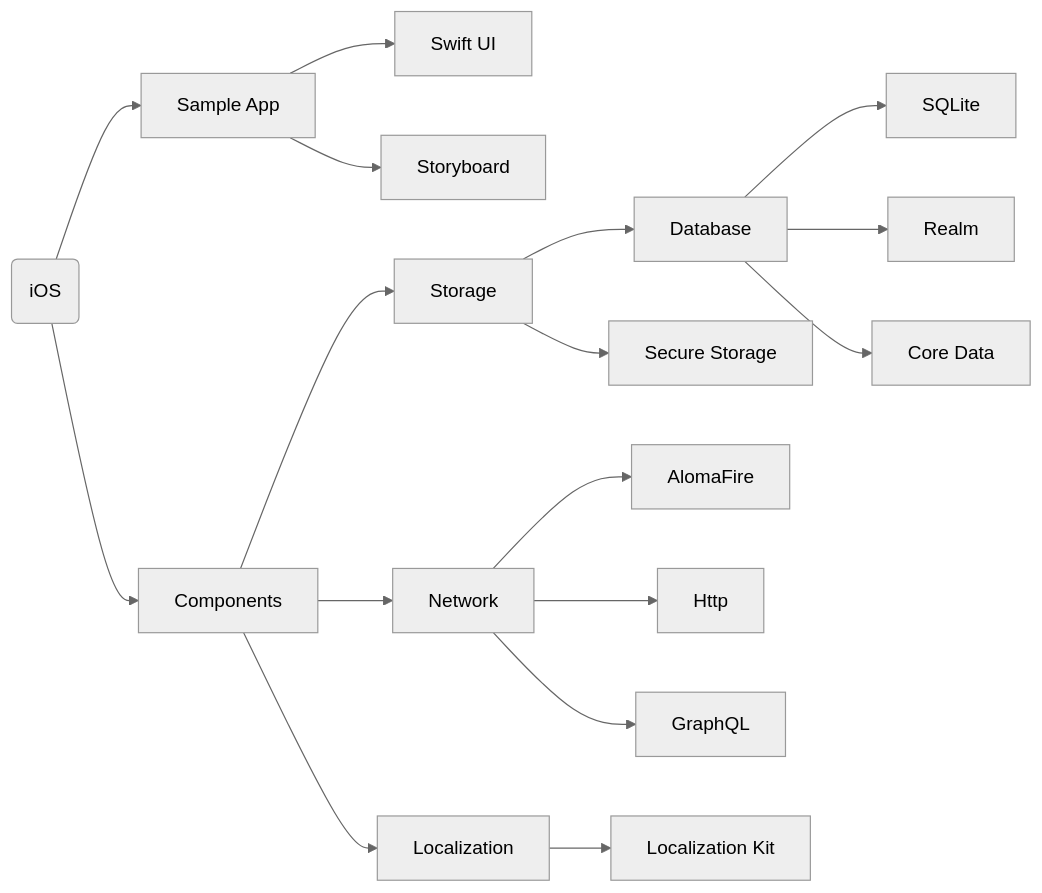
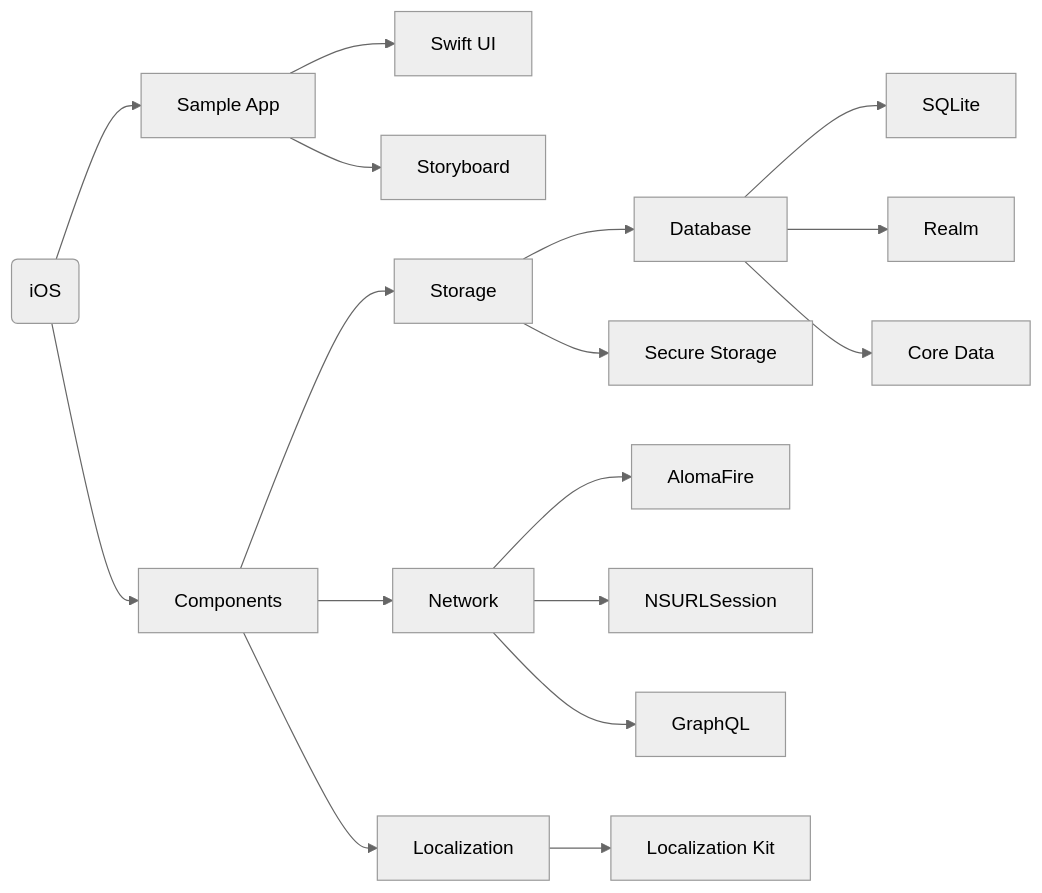
The diagram in README.md (Packiaseelan/test), drawn with Mermaid (neutral theme) before and after one commit.

````diff
--- a/README.md
+++ b/README.md
@@ -3,29 +3,29 @@
 ```mermaid
 graph LR
 
 A(iOS)
 
 A --> B[Sample App]
 A --> C[Components]
 
 B --> B1[Swift UI]
 B --> B2[Storyboard]
 
 C --> C1[Storage]
 C --> C2[Network]
 C --> C3[Localization]
 
 C1 --> C11[Database]
 C1 --> C12[Secure Storage]
 
 C11 --> C111[SQLite]
 C11 --> C112[Realm]
 C11 --> C113[Core Data]
 
 C2 --> C21[AlomaFire]
-C2 --> C22[Http]
+C2 --> C22[NSURLSession]
 C2 --> C23[GraphQL]
 
 C3 --> C31[Localization Kit]
 
 ```
````
